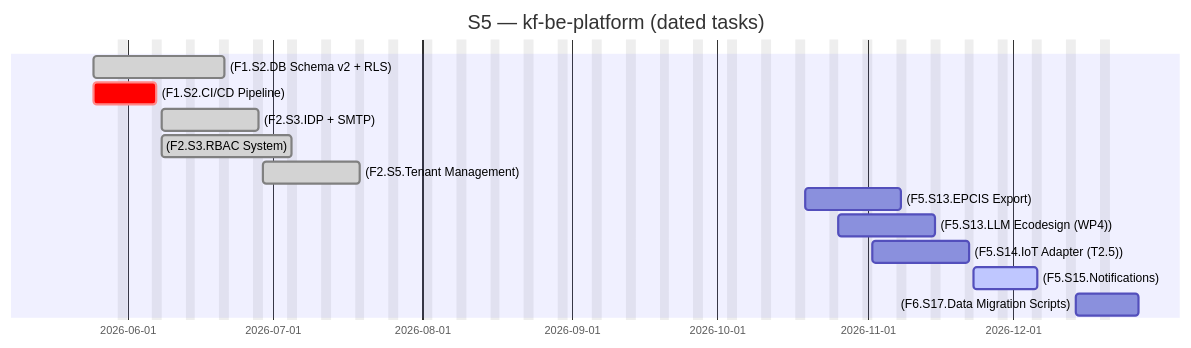
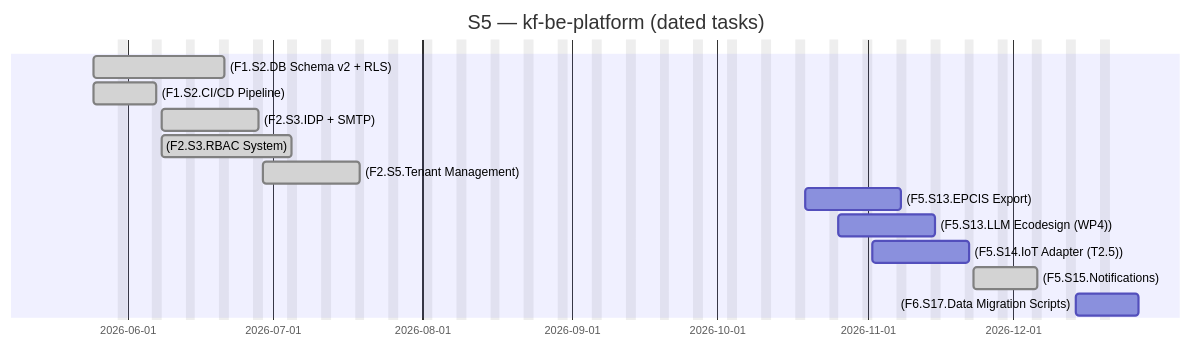
Before and after one commit to Katty-Fashion/kf-cpto: the second of 2 diagrams in docs/_projects/kf-be-platform.md, drawn with Mermaid. The commit also changed other lines of this file and 14 other files, not shown here.

````diff
--- a/docs/_projects/kf-be-platform.md
+++ b/docs/_projects/kf-be-platform.md
@@ -88,17 +88,17 @@
 ```mermaid
 gantt
     title S5 — kf-be-platform (dated tasks)
     dateFormat YYYY-MM-DD
     excludes weekends
 
     (F1.S2.DB Schema v2 + RLS) :done, 2026-05-25, 2026-06-21
-    (F1.S2.CI/CD Pipeline) :crit, 2026-05-25, 2026-06-07
+    (F1.S2.CI/CD Pipeline) :done, 2026-05-25, 2026-06-07
     (F2.S3.IDP + SMTP) :done, 2026-06-08, 2026-06-28
     (F2.S3.RBAC System) :done, 2026-06-08, 2026-07-05
     (F2.S5.Tenant Management) :done, 2026-06-29, 2026-07-19
     (F5.S13.EPCIS Export) :2026-10-19, 2026-11-08
     (F5.S13.LLM Ecodesign (WP4)) :2026-10-26, 2026-11-15
     (F5.S14.IoT Adapter (T2.5)) :2026-11-02, 2026-11-22
-    (F5.S15.Notifications) :active, 2026-11-23, 2026-12-06
+    (F5.S15.Notifications) :done, 2026-11-23, 2026-12-06
     (F6.S17.Data Migration Scripts) :2026-12-14, 2026-12-27
 ```
````
